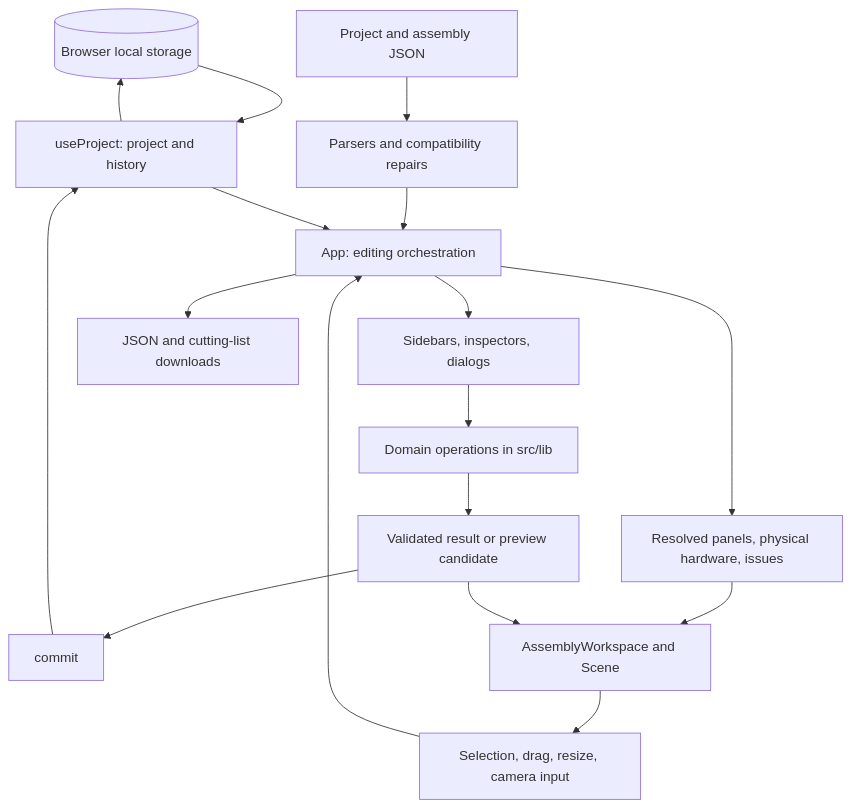
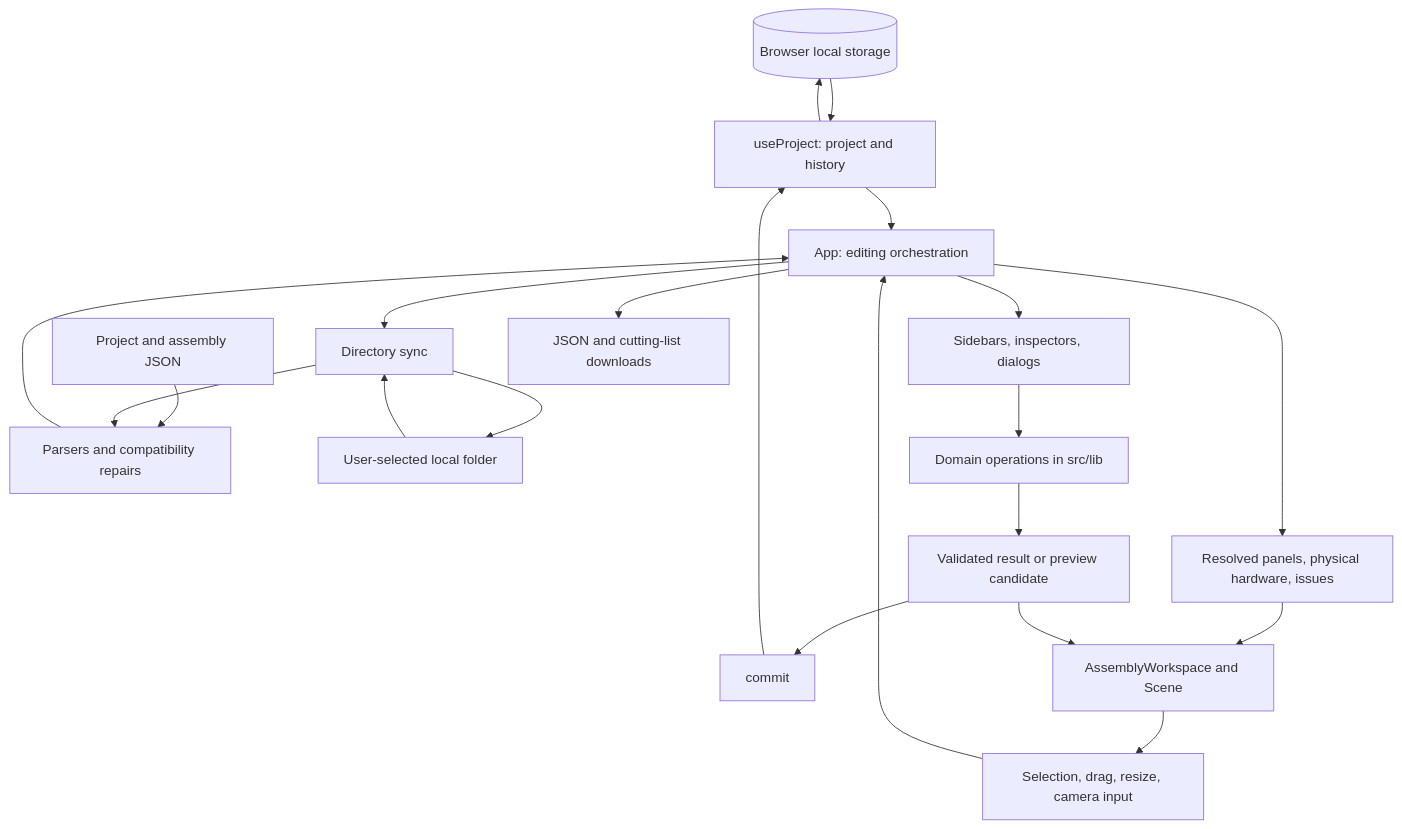
The diagram in docs/architecture.md (FrediBach/playwood), drawn with Mermaid before and after one commit. The commit also changed other lines of this file and 17 other files, not shown here.

Commit message:
Add local directory sync

````diff
--- a/docs/architecture.md
+++ b/docs/architecture.md
@@ -27,19 +27,23 @@
 ```mermaid
 flowchart TD
     Storage[(Browser local storage)] --> History[useProject: project and history]
     Files[Project and assembly JSON] --> Parse[Parsers and compatibility repairs]
+    Folder[User-selected local folder] --> Sync[Directory sync]
+    Sync --> Parse
+    App --> Sync
+    Sync --> Folder
     Parse --> App[App: editing orchestration]
     History --> App
     App --> UI[Sidebars, inspectors, dialogs]
     UI --> Commands[Domain operations in src/lib]
     Commands --> Candidate[Validated result or preview candidate]
     Candidate --> Commit[commit]
     Commit --> History
     History --> Storage
     App --> Derived[Resolved panels, physical hardware, issues]
     Derived --> Workspace[AssemblyWorkspace and Scene]
     Candidate --> Workspace
     Workspace --> Gestures[Selection, drag, resize, camera input]
     Gestures --> App
     App --> Export[JSON and cutting-list downloads]
 ```
````
